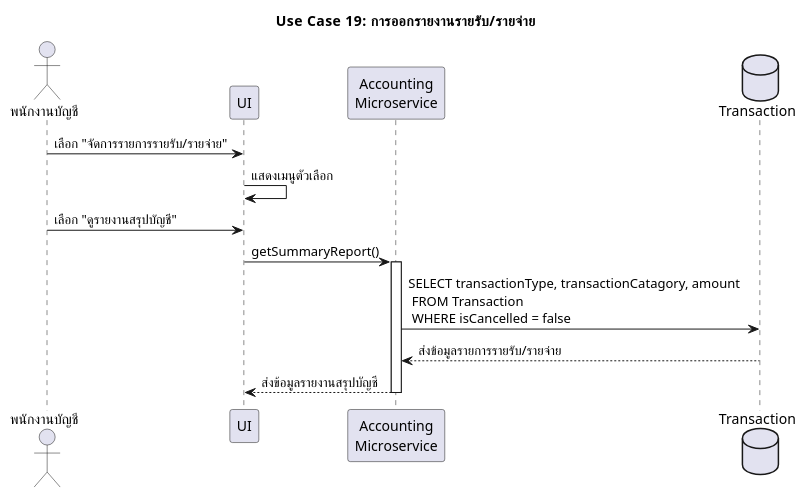
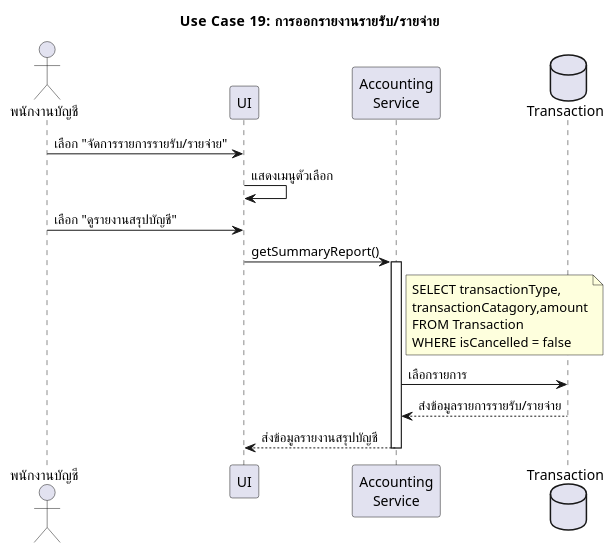
The diagram in usecase19_transaction_report.plantuml (warinyang/UML-monthly-room-rent), drawn with PlantUML before and after one commit. The commit also changed 15 other files, not shown here.

```diff
--- a/usecase19_transaction_report.plantuml
+++ b/usecase19_transaction_report.plantuml
@@ -1,27 +1,33 @@
 @startuml Use Case 19: การออกรายงานรายรับ/รายจ่าย
 skinparam defaultFontName "TH Sarabun New"
 title Use Case 19: การออกรายงานรายรับ/รายจ่าย
 
 actor "พนักงานบัญชี" as Accountant
 participant "UI" as UI
-participant "Accounting\nMicroservice" as AccMS
+participant "Accounting\nService" as AccMS
 database "Transaction" as TxDB
 
 Accountant -> UI : เลือก "จัดการรายการรายรับ/รายจ่าย"
 UI -> UI : แสดงเมนูตัวเลือก
 
 Accountant -> UI : เลือก "ดูรายงานสรุปบัญชี"
 UI -> AccMS : getSummaryReport()
 activate AccMS
 
-AccMS -> TxDB :  SELECT transactionType, transactionCatagory, amount \n FROM Transaction \n WHERE isCancelled = false
+note right of AccMS
+SELECT transactionType,
+transactionCatagory,amount
+FROM Transaction
+WHERE isCancelled = false
+end note
+AccMS -> TxDB :  เลือกรายการ
 
 TxDB --> AccMS : ส่งข้อมูลรายการรายรับ/รายจ่าย
 
 ' AccMS -> AccMS : ประมวลผลสรุปยอดรายรับ รายจ่าย แยกตามหมวดหมู่
 
 AccMS --> UI : ส่งข้อมูลรายงานสรุปบัญชี
 deactivate AccMS
 
 ' UI -> UI : แสดงกราฟ/ตารางรายงานให้พนักงานบัญชีดู
 @enduml
```
